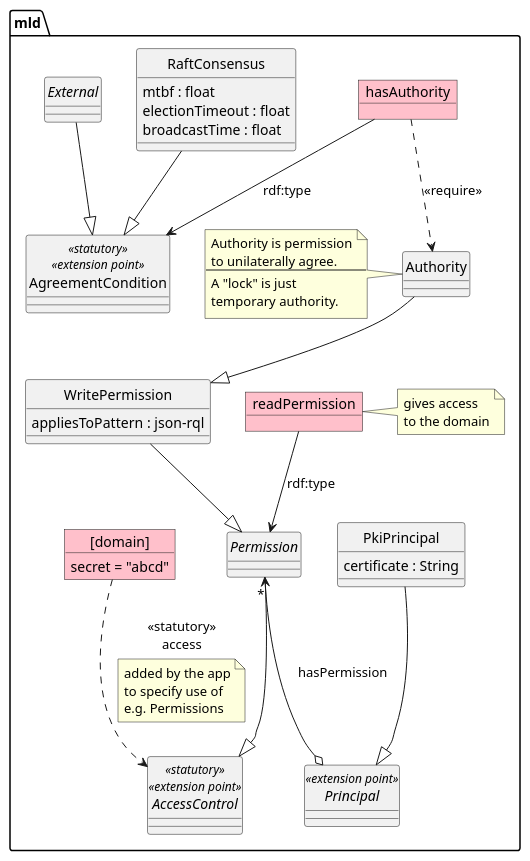
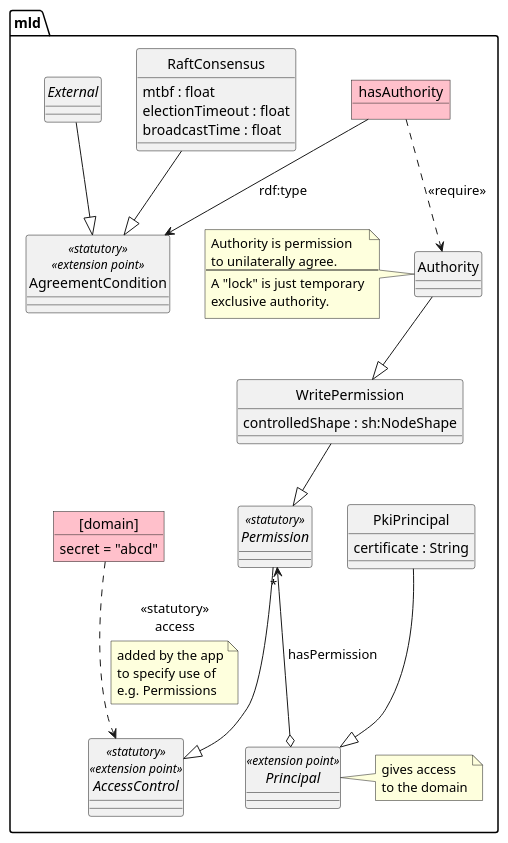
One commit to m-ld/m-ld-security-spec changed the diagram in design/agreement.class.puml. Above: the diagram before and after it, drawn with PlantUML. The commit also changed 9 other files, not shown here.

```diff
--- a/design/agreement.class.puml
+++ b/design/agreement.class.puml
@@ -1,71 +1,68 @@
 @startuml
 'https://plantuml.com/object-diagram
 hide circle
 
 skinparam object {
   BackgroundColor Pink
 }
 
 package mld {
 
 class AgreementCondition <<statutory>> <<extension point>>
 
 abstract class Principal <<extension point>>
+note right
+gives access
+to the domain
+end note
 class PkiPrincipal {
   certificate : String
 }
 PkiPrincipal --|> Principal
 
 class Authority
 note left
 Authority is permission
 to unilaterally agree.
 ---
-A "lock" is just
-temporary authority.
+A "lock" is just temporary
+exclusive authority.
 end note
 object hasAuthority
 hasAuthority --> AgreementCondition : rdf:type
 hasAuthority ..> Authority : <<require>>
 Permission "*" <--o Principal : hasPermission
 
-abstract class Permission
+abstract class Permission <<statutory>>
 Permission --|> AccessControl
 
 class WritePermission {
-  appliesToPattern : json-rql
+  controlledShape : sh:NodeShape
 }
 Authority --|> WritePermission
 WritePermission --|> Permission
-
-object readPermission
-note right
-gives access
-to the domain
-end note
-readPermission --> Permission : rdf:type
 
 class RaftConsensus {
   mtbf : float
   electionTimeout : float
   broadcastTime : float
 }
 RaftConsensus --|> AgreementCondition
 
 abstract class External
 External --|> AgreementCondition
 
 object "[domain]" as domain {
   secret = "abcd"
 }
 
 abstract class AccessControl <<statutory>> <<extension point>>
 domain ..> AccessControl : <<statutory>>\naccess
 note on link
 added by the app
 to specify use of
 e.g. Permissions
 end note
 
 }
 @enduml
```
